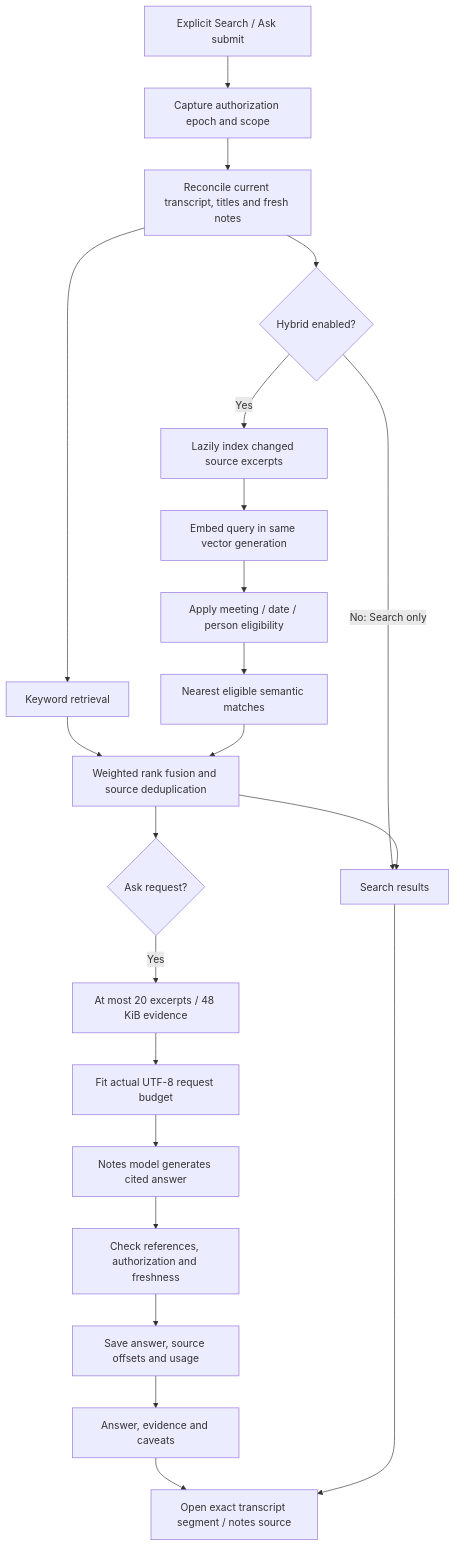
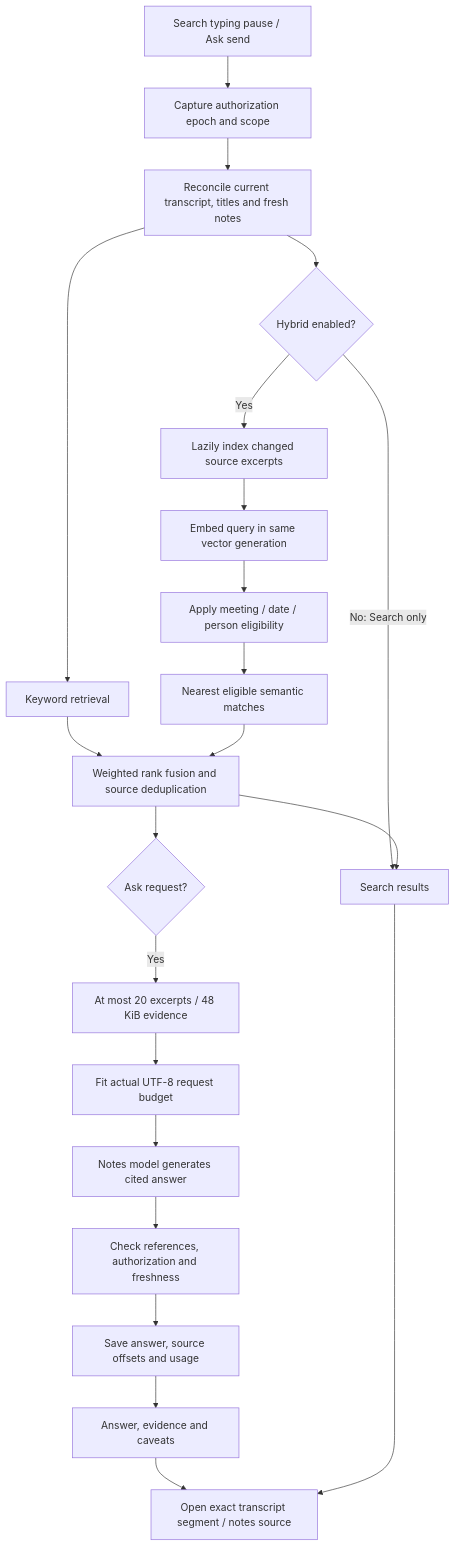
The seventh of 9 diagrams in ARCHITECTURE.md (tienbob/ScribeLoop), drawn with Mermaid before and after one commit. The commit also changed other lines of this file and 5 other files, not shown here.

Commit message:
Search automatically after a 500 ms typing pause

````diff
--- a/ARCHITECTURE.md
+++ b/ARCHITECTURE.md
@@ -269,24 +274,24 @@
 ```mermaid
 flowchart TD
-  Q["Explicit Search / Ask submit"] --> Guard["Capture authorization epoch and scope"]
+  Q["Search typing pause / Ask send"] --> Guard["Capture authorization epoch and scope"]
   Guard --> Sync["Reconcile current transcript, titles and fresh notes"]
   Sync --> Lex["Keyword retrieval"]
   Sync --> Mode{"Hybrid enabled?"}
   Mode -->|"Yes"| Index["Lazily index changed source excerpts"]
   Index --> Embed["Embed query in same vector generation"]
   Embed --> Filter["Apply meeting / date / person eligibility"]
   Filter --> Semantic["Nearest eligible semantic matches"]
   Lex --> Fuse["Weighted rank fusion and source deduplication"]
   Semantic --> Fuse
   Mode -->|"No: Search only"| Results["Search results"]
   Fuse --> Results
   Fuse --> Ask{"Ask request?"}
   Ask -->|"Yes"| Packet["At most 20 excerpts / 48 KiB evidence"]
   Packet --> Fit["Fit actual UTF-8 request budget"]
   Fit --> Answer["Notes model generates cited answer"]
   Answer --> Validate["Check references, authorization and freshness"]
   Validate --> History["Save answer, source offsets and usage"]
   History --> Show["Answer, evidence and caveats"]
   Show --> Navigate["Open exact transcript segment / notes source"]
   Results --> Navigate
 ```
````
